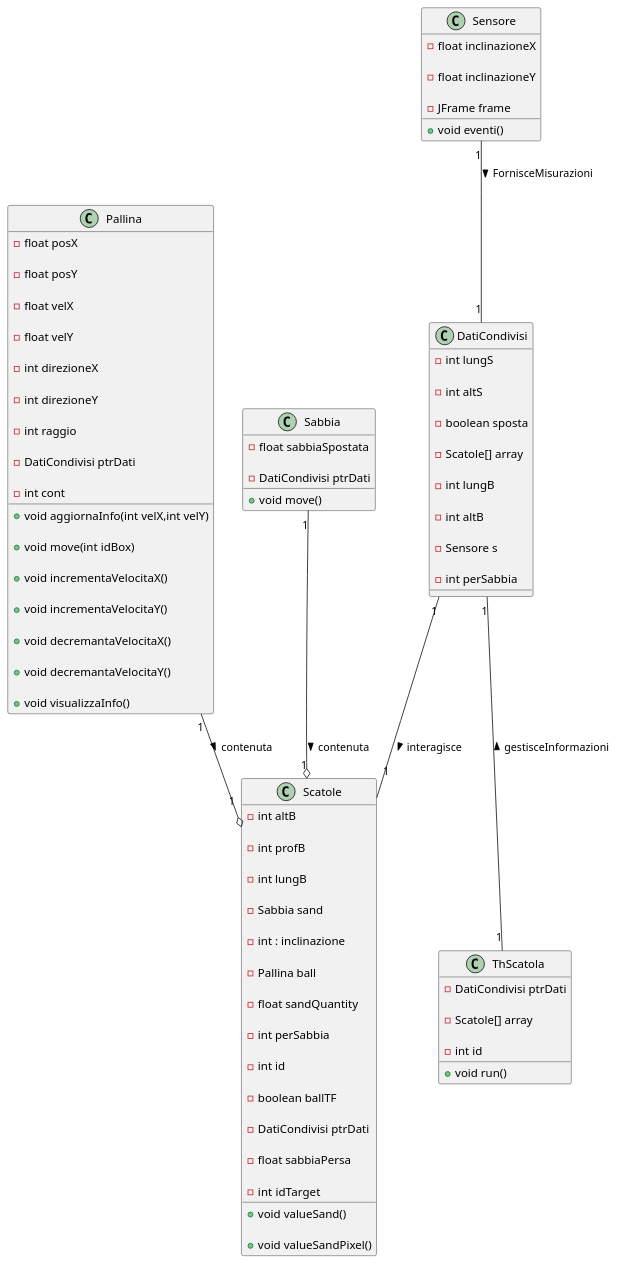
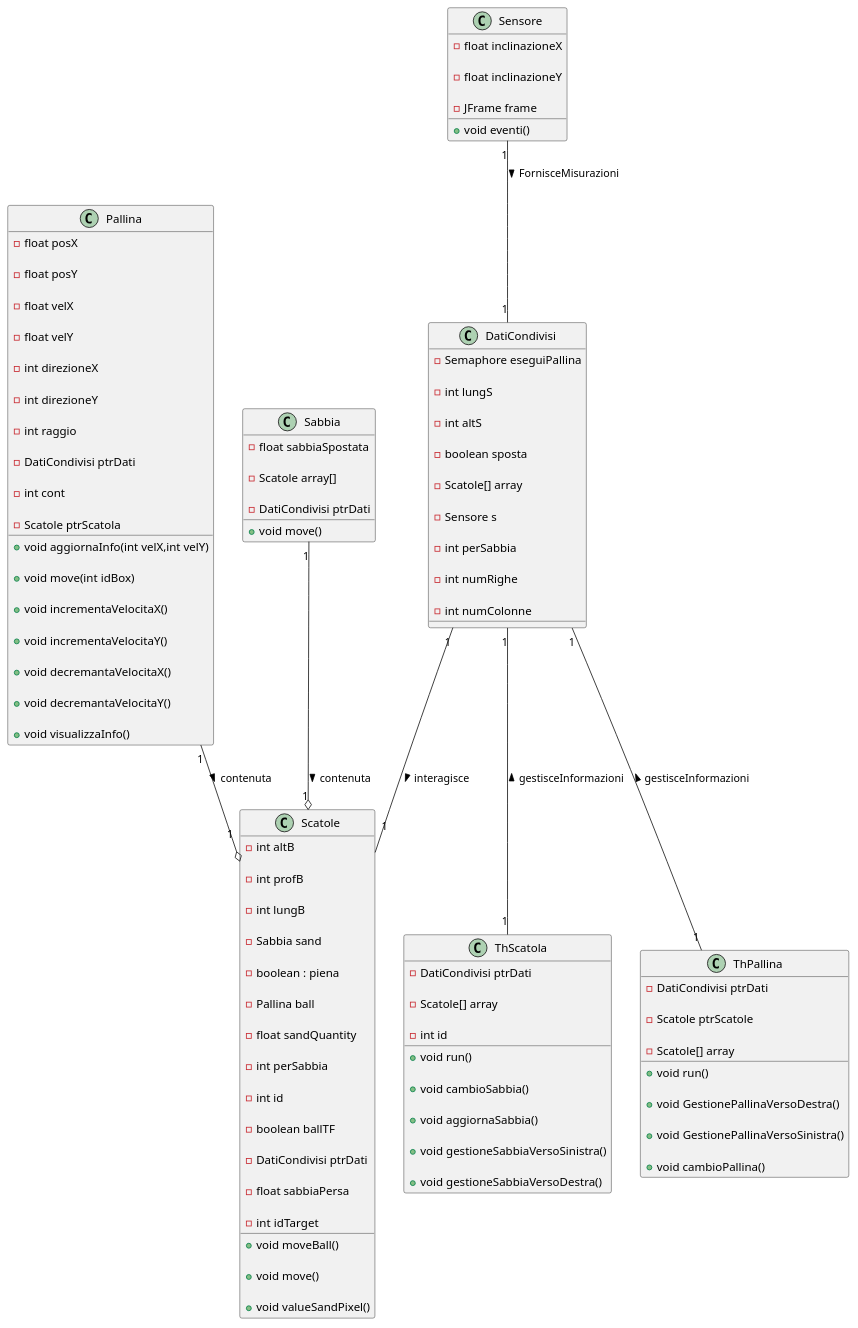
One commit to Ale-Dili/Esercizio-di-Tecno-sabbia changed the diagram in Deliverable/DiagrammaClassi.puml. Above: the diagram before and after it, drawn with PlantUML.

```diff
--- a/Deliverable/DiagrammaClassi.puml
+++ b/Deliverable/DiagrammaClassi.puml
@@ -30,6 +30,9 @@
 '@brief: contatore usato per gestire la velocita' della pallina'
 - int cont
 
+'@brief: oggetto di tipo scatola usato per la gestione della pallina
+- Scatole ptrScatola
+
 '@brief: Metodo che aggiorna la posizione e la velocità della pallina'
 + void aggiornaInfo(int velX,int velY)
 
@@ -58,6 +61,9 @@
 
 '@brief: identifica la quantità di sabbia che esce dalla scatola in seguito al movimento'
 - float sabbiaSpostata
+
+'@brief: array di scatole presenti nell'esecuzione
+- Scatole array[]
 
 '@brief: oggetto della classe DatiCondivisi'
 - DatiCondivisi ptrDati
@@ -97,8 +103,8 @@
 '@brief: Oggetto della classe Sabbia
 - Sabbia sand
 
-'@brief: indica l'inclinazione della scatola nell'asse delle ordinate'
-- int : inclinazione
+'@brief: indica se la scatola e' piena 
+- boolean : piena
 
 '@brief: Oggetto della classe Pallina
 - Pallina ball
@@ -124,8 +130,11 @@
 '@brief: Identificatore della scatola in cui la sabbia e la pallina (presenti nella scatola al momento) devono essere spostati
 - int idTarget
 
-'@brief: Metodo usato per proporzione'
-+ void valueSand()
+'@brief: Metodo usato per richiamare il metodo move della classe Pallina
++ void moveBall()
+
+'@brief: Metodo usato per richiamare il metodo move della classe Sabbia
++ void move()
 
 '@brief: Metodo usato per proporzione'
 + void valueSandPixel()
@@ -135,6 +144,9 @@
 
 
 class DatiCondivisi {
+'@brief: semaforo per interrompere il thread pallina quando non in funzione
+-Semaphore eseguiPallina
+
 '@brief: lunghezza dello schermo
 -int lungS 
 
@@ -147,17 +159,18 @@
 '@brief: Insieme di scatole'
 -Scatole[] array
 
-'@brief: lunghezza della scatola
--int lungB 
-
-'@brief: altezza della scatola
--int altB
-
 '@brief: oggetto della classe sensore
 -Sensore s
 
 '@brief: percentuale di sabbia contenuta nella scatola'
 -int perSabbia
+
+'@brief: rappresenta il numero di righe della scatola
+-int numRighe 
+
+'@brief: rappresenta il numero di colonne della scatola
+-int numColonne
+
 }
 
 class ThScatola{
@@ -172,6 +185,41 @@
 
 '@brief: Metodo run del thread che raccoglie le informazioni delle altre classi e le organizza per disegnarle'
 + void run()
+
+'@brief: Metodo che svuota una scatola impostando i valori di default di una scatola vuota'
++ void cambioSabbia()
+
+'@brief: Metodo che aggiorna le informazioni della sabbia in una scatola'
++ void aggiornaSabbia()
+
+'@brief: Metodo che gesstisce la sabbia verso la scatola di sinistra'
++ void gestioneSabbiaVersoSinistra()
+
+'@brief: Metodo che gesstisce la sabbia verso la scatola di destra'
++ void gestioneSabbiaVersoDestra()
+}
+
+class ThPallina{
+'@brief: oggetto della classe DatiCondivisi'
+- DatiCondivisi ptrDati
+
+'@brief: oggetto della classe Scatole'
+- Scatole ptrScatole
+
+'@brief: Insieme di scatole'
+-Scatole[] array
+
+'@brief: Metodo run del thread che raccoglie le informazioni dalle altre classi e gestisce la pallina in modo autonomo'
++ void run()
+
+'@brief: Metodo che permette di spostare la pallina nella scatola di destra'
++ void GestionePallinaVersoDestra()
+
+'@brief: Metodo che permette di spostare la pallina nella scatola di sinistra'
++ void GestionePallinaVersoSinistra()
+
+'@brief: Metodo che notifica lo spostamento della pallina nella varie scatole'
++ void cambioPallina()
 }
 
 
@@ -181,6 +229,7 @@
 Pallina "1" --o "1" Scatole : contenuta >
 DatiCondivisi "1" -- "1" Scatole : interagisce >
 DatiCondivisi "1" -- "1" ThScatola : gestisceInformazioni <
+DatiCondivisi "1" -- "1" ThPallina : gestisceInformazioni <
 
 
 
```
